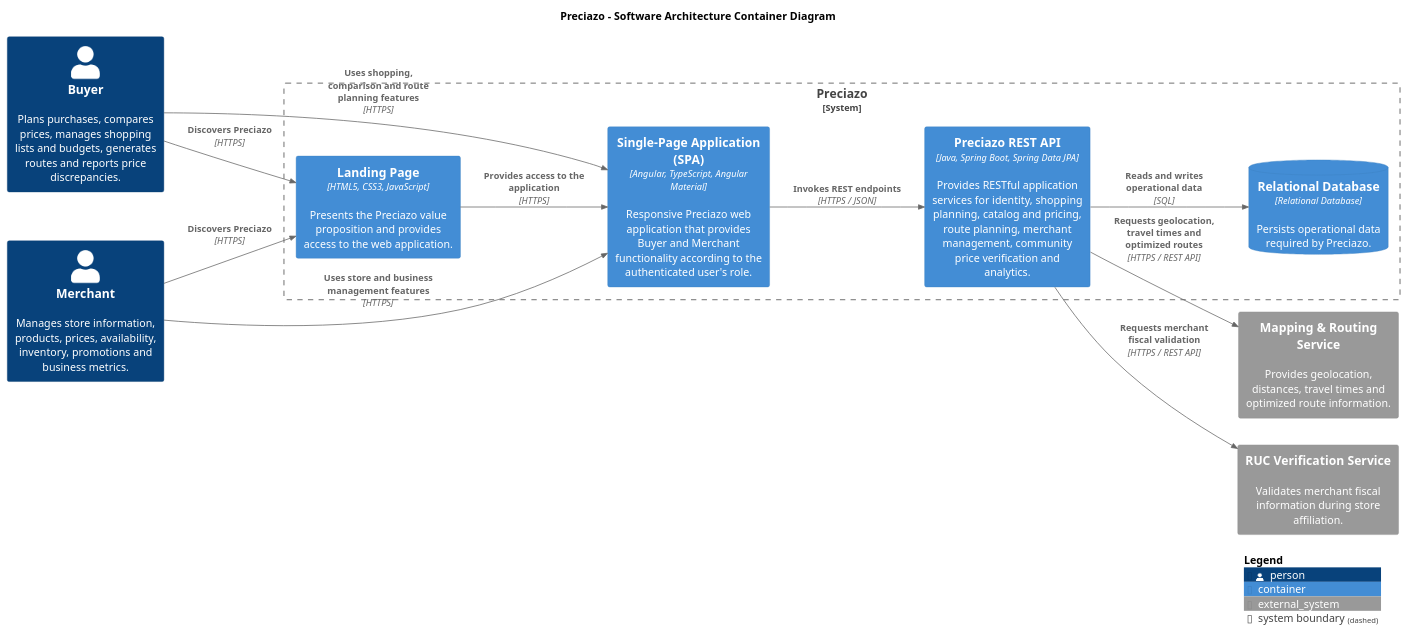
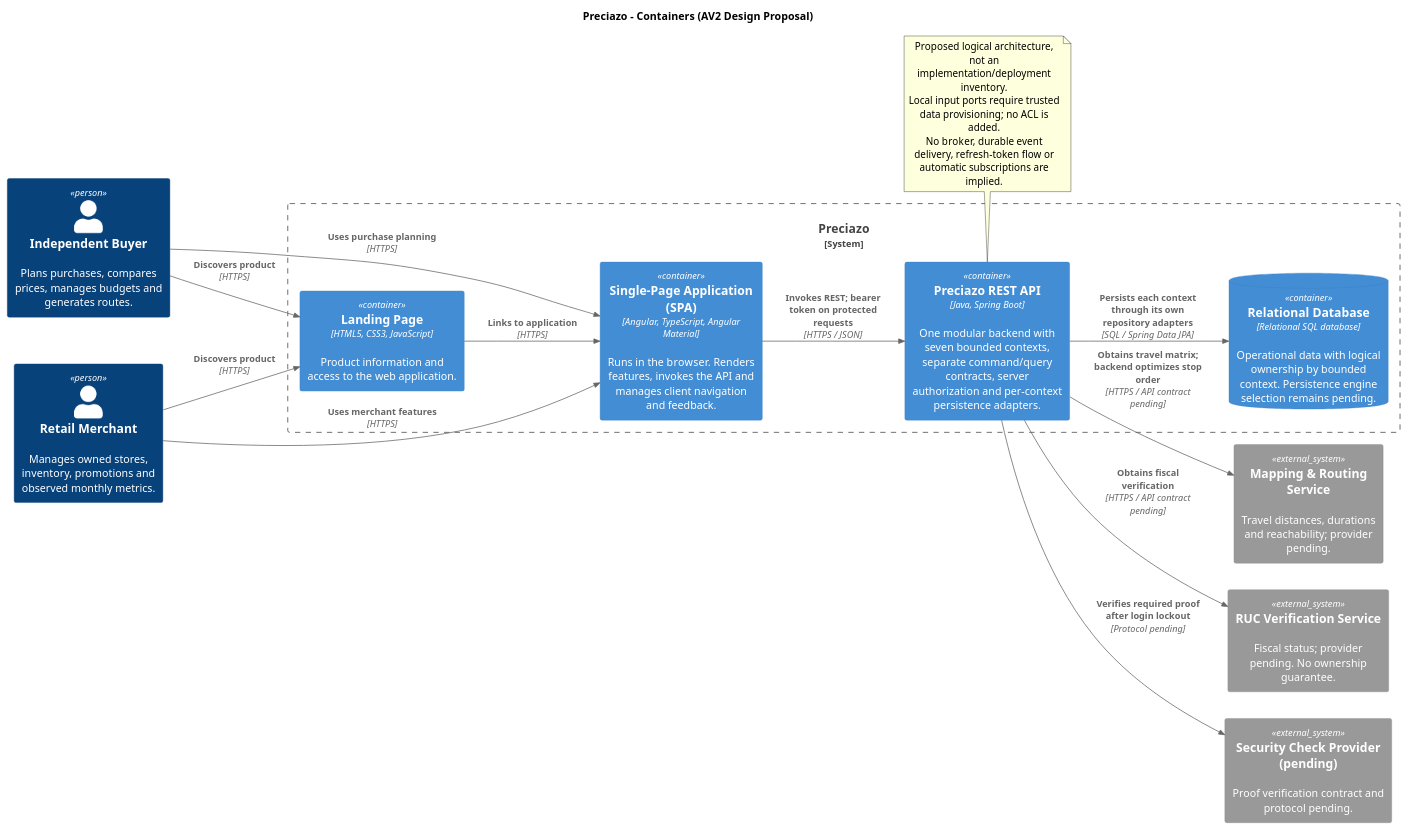
One commit to Open-Source-1ASI0729-2620-7750/preciazo-report changed the diagram in docs/architecture/c4-container.puml. Above: the diagram before and after it, drawn with PlantUML. The commit also changed 8 other files, not shown here.

Commit message:
docs(architecture): align C4 views with AV2 context designs

```diff
--- a/docs/architecture/c4-container.puml
+++ b/docs/architecture/c4-container.puml
@@ -1,48 +1,31 @@
 @startuml Preciazo_C4_Container
-
 !include <C4/C4_Container>
-
 LAYOUT_LEFT_RIGHT()
-
-title Preciazo - Software Architecture Container Diagram
-
-Person(buyer, "Buyer", "Plans purchases, compares prices, manages shopping lists and budgets, generates routes and reports price discrepancies.")
-
-Person(merchant, "Merchant", "Manages store information, products, prices, availability, inventory, promotions and business metrics.")
-
-System_Ext(routing, "Mapping & Routing Service", "Provides geolocation, distances, travel times and optimized route information.")
-
-System_Ext(ruc, "RUC Verification Service", "Validates merchant fiscal information during store affiliation.")
-
+title Preciazo - Containers (AV2 Design Proposal)
+Person(buyer, "Independent Buyer", "Plans purchases, compares prices, manages budgets and generates routes.")
+Person(merchant, "Retail Merchant", "Manages owned stores, inventory, promotions and observed monthly metrics.")
+System_Ext(routing, "Mapping & Routing Service", "Travel distances, durations and reachability; provider pending.")
+System_Ext(ruc, "RUC Verification Service", "Fiscal status; provider pending. No ownership guarantee.")
+System_Ext(securityCheck, "Security Check Provider (pending)", "Proof verification contract and protocol pending.")
 System_Boundary(preciazo, "Preciazo") {
-
-    Container(landing, "Landing Page", "HTML5, CSS3, JavaScript", "Presents the Preciazo value proposition and provides access to the web application.")
-
-    Container(web, "Single-Page Application (SPA)", "Angular, TypeScript, Angular Material", "Responsive Preciazo web application that provides Buyer and Merchant functionality according to the authenticated user's role.")
-
-    Container(api, "Preciazo REST API", "Java, Spring Boot, Spring Data JPA", "Provides RESTful application services for identity, shopping planning, catalog and pricing, route planning, merchant management, community price verification and analytics.")
-
-    ContainerDb(database, "Relational Database", "Relational Database", "Persists operational data required by Preciazo.")
+ Container(landing, "Landing Page", "HTML5, CSS3, JavaScript", "Product information and access to the web application.")
+ Container(web, "Single-Page Application (SPA)", "Angular, TypeScript, Angular Material", "Runs in the browser. Renders features, invokes the API and manages client navigation and feedback.")
+ Container(api, "Preciazo REST API", "Java, Spring Boot", "One modular backend with seven bounded contexts, separate command/query contracts, server authorization and per-context persistence adapters.")
+ ContainerDb(database, "Relational Database", "Relational SQL database", "Operational data with logical ownership by bounded context. Persistence engine selection remains pending.")
 }
-
-Rel(buyer, landing, "Discovers Preciazo", "HTTPS")
-
-Rel(merchant, landing, "Discovers Preciazo", "HTTPS")
-
-Rel(buyer, web, "Uses shopping, comparison and route planning features", "HTTPS")
-
-Rel(merchant, web, "Uses store and business management features", "HTTPS")
-
-Rel(landing, web, "Provides access to the application", "HTTPS")
-
-Rel(web, api, "Invokes REST endpoints", "HTTPS / JSON")
-
-Rel(api, database, "Reads and writes operational data", "SQL")
-
-Rel(api, routing, "Requests geolocation, travel times and optimized routes", "HTTPS / REST API")
-
-Rel(api, ruc, "Requests merchant fiscal validation", "HTTPS / REST API")
-
-SHOW_LEGEND()
-
+Rel(buyer, landing, "Discovers product", "HTTPS")
+Rel(merchant, landing, "Discovers product", "HTTPS")
+Rel(buyer, web, "Uses purchase planning", "HTTPS")
+Rel(merchant, web, "Uses merchant features", "HTTPS")
+Rel(landing, web, "Links to application", "HTTPS")
+Rel(web, api, "Invokes REST; bearer token on protected requests", "HTTPS / JSON")
+Rel(api, database, "Persists each context through its own repository adapters", "SQL / Spring Data JPA")
+Rel(api, routing, "Obtains travel matrix; backend optimizes stop order", "HTTPS / API contract pending")
+Rel(api, ruc, "Obtains fiscal verification", "HTTPS / API contract pending")
+Rel(api, securityCheck, "Verifies required proof after login lockout", "Protocol pending")
+note bottom of api
+ Proposed logical architecture, not an implementation/deployment inventory.
+ Local input ports require trusted data provisioning; no ACL is added.
+ No broker, durable event delivery, refresh-token flow or automatic subscriptions are implied.
+end note
 @enduml
```
